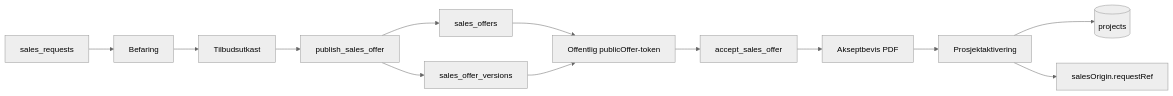
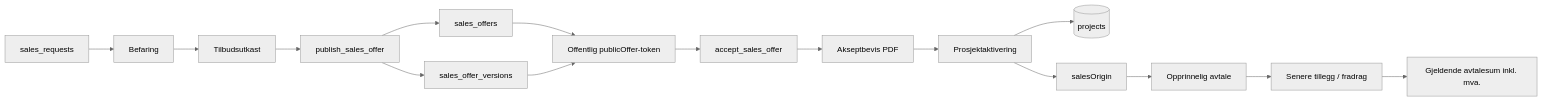
The fifth of 7 diagrams in docs/architecture/EXPO_PROFFDOK_ARCHITECTURE.md (ExpoProffsenter/expo-proffdok), drawn with Mermaid (neutral theme) before and after one commit. The commit also changed other lines of this file, not shown here.

````diff
--- a/docs/architecture/EXPO_PROFFDOK_ARCHITECTURE.md
+++ b/docs/architecture/EXPO_PROFFDOK_ARCHITECTURE.md
@@ -902,15 +988,18 @@
 ```mermaid
 flowchart LR
     S1[sales_requests] --> S2[Befaring]
     S2 --> S3[Tilbudsutkast]
     S3 --> S4[publish_sales_offer]
     S4 --> S5[sales_offers]
     S4 --> S6[sales_offer_versions]
     S5 --> S7[Offentlig publicOffer-token]
     S6 --> S7
     S7 --> S8[accept_sales_offer]
     S8 --> S9[Akseptbevis PDF]
     S9 --> S10[Prosjektaktivering]
     S10 --> P[(projects)]
-    S10 --> S11[salesOrigin.requestRef]
+    S10 --> SO[salesOrigin]
+    SO --> A[Opprinnelig avtale]
+    A --> E[Senere tillegg / fradrag]
+    E --> G[Gjeldende avtalesum inkl. mva.]
 ```
````
